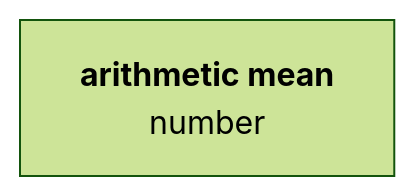
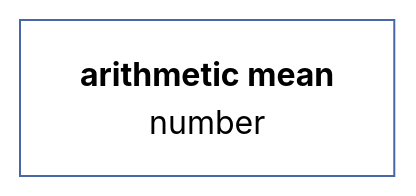
The fourth of 23 diagrams in docs/en-GB/vector.md (muzikp/retusa), drawn with Mermaid (forest theme) before and after one commit. The commit also changed other lines of this file and 17 other files, not shown here.

````diff
--- a/docs/en-GB/vector.md
+++ b/docs/en-GB/vector.md
@@ -105,4 +114,7 @@
 ```mermaid
 graph TD
-A[<b>arithmetic mean<br></b>number]
+avg[<b>arithmetic mean<br></b>number]
+style avg fill:#FFFFFF;
+style avg stroke:#4967A4;
+
 ```
````
